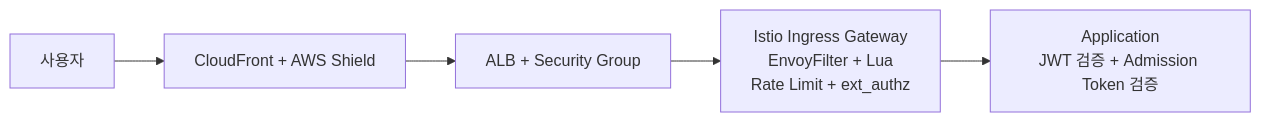
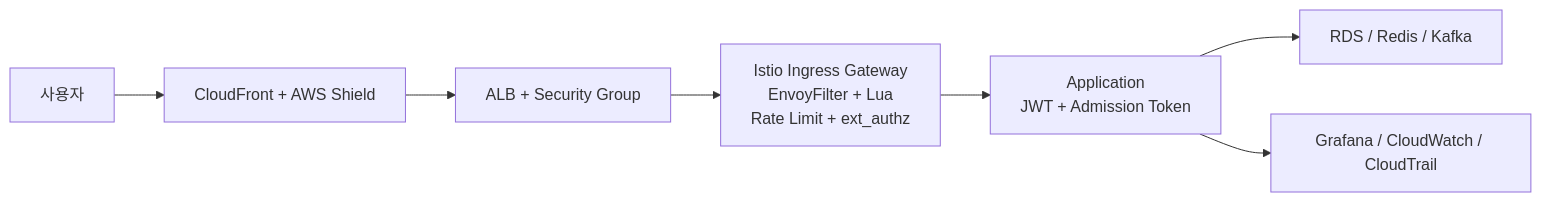
The diagram in docs/content/security/flow.md (goorm-gongbang/001-finalPR), drawn with Mermaid before and after one commit. The commit also changed other lines of this file and 6 other files, not shown here.

````diff
--- a/docs/content/security/flow.md
+++ b/docs/content/security/flow.md
@@ -9,7 +9,9 @@
 ```mermaid
 flowchart LR
-    USER[사용자] --> EDGE[CloudFront + AWS Shield]
-    EDGE --> ALB[ALB + Security Group]
-    ALB --> ISTIO[Istio Ingress Gateway<br/>EnvoyFilter + Lua<br/>Rate Limit + ext_authz]
-    ISTIO --> APP[Application<br/>JWT 검증 + Admission Token 검증]
+    USER["사용자"] --> EDGE["CloudFront + AWS Shield"]
+    EDGE --> ALB["ALB + Security Group"]
+    ALB --> GATEWAY["Istio Ingress Gateway<br/>EnvoyFilter + Lua<br/>Rate Limit + ext_authz"]
+    GATEWAY --> APP["Application<br/>JWT + Admission Token"]
+    APP --> DATA["RDS / Redis / Kafka"]
+    APP --> OBS["Grafana / CloudWatch / CloudTrail"]
 ```
````
